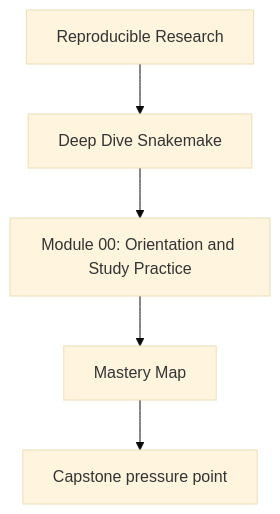
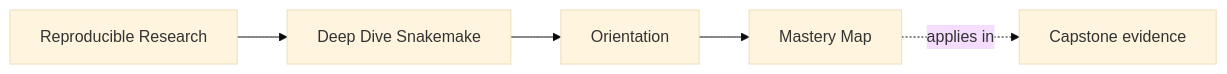
The first of 2 diagrams in programs/reproducible-research/deep-dive-snakemake/course-book/module-00-orientation/mastery-map.md (bijux/bijux-masterclass), drawn with Mermaid (base theme) before and after one commit. The commit also changed other lines of this file and 149 other files, not shown here.

Commit message:
docs(deep-dive-snakemake): map workflow proof and operations surfaces

````diff
--- a/programs/reproducible-research/deep-dive-snakemake/course-book/module-00-orientation/mastery-map.md
+++ b/programs/reproducible-research/deep-dive-snakemake/course-book/module-00-orientation/mastery-map.md
@@ -6,7 +6,11 @@
 ```mermaid
-flowchart TD
-  family["Reproducible Research"] --> program["Deep Dive Snakemake"]
-  program --> module["Module 00: Orientation and Study Practice"]
-  module --> concept["Mastery Map"]
-  concept --> capstone["Capstone pressure point"]
+graph LR
+  family["Reproducible Research"]
+  program["Deep Dive Snakemake"]
+  section["Orientation"]
+  page["Mastery Map"]
+  capstone["Capstone evidence"]
+
+  family --> program --> section --> page
+  page -.applies in.-> capstone
 ```
````
